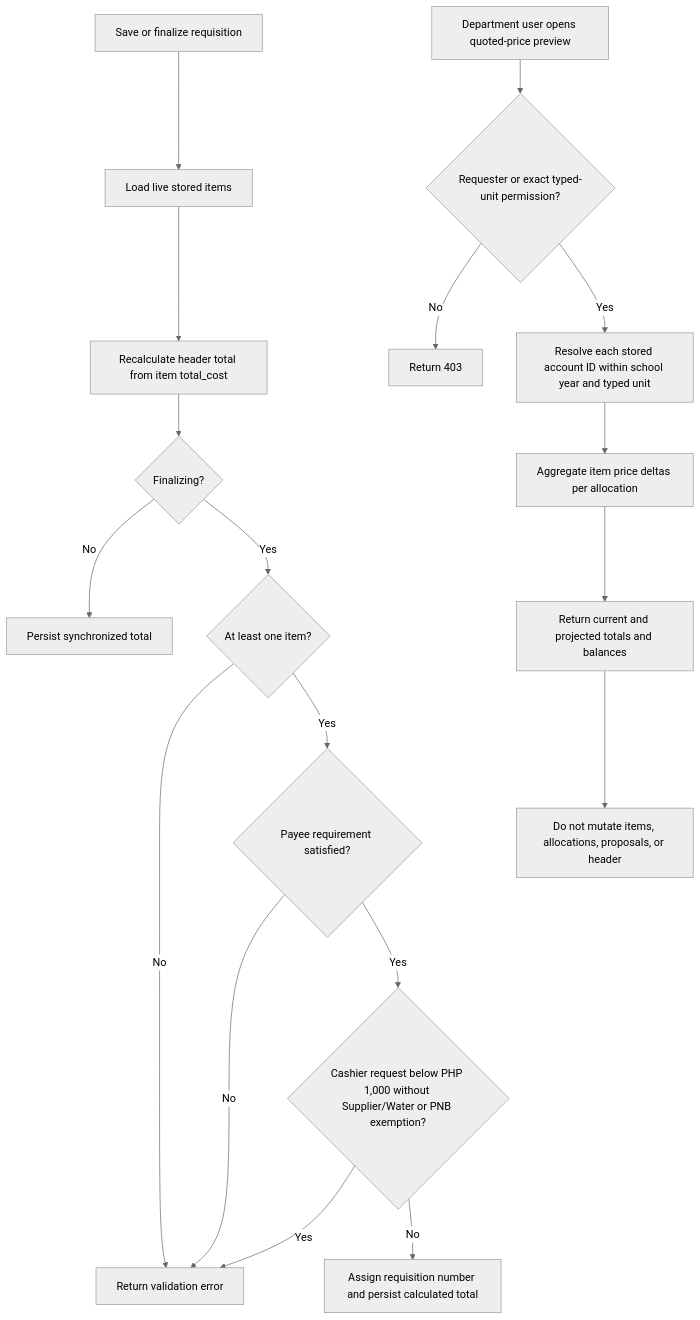
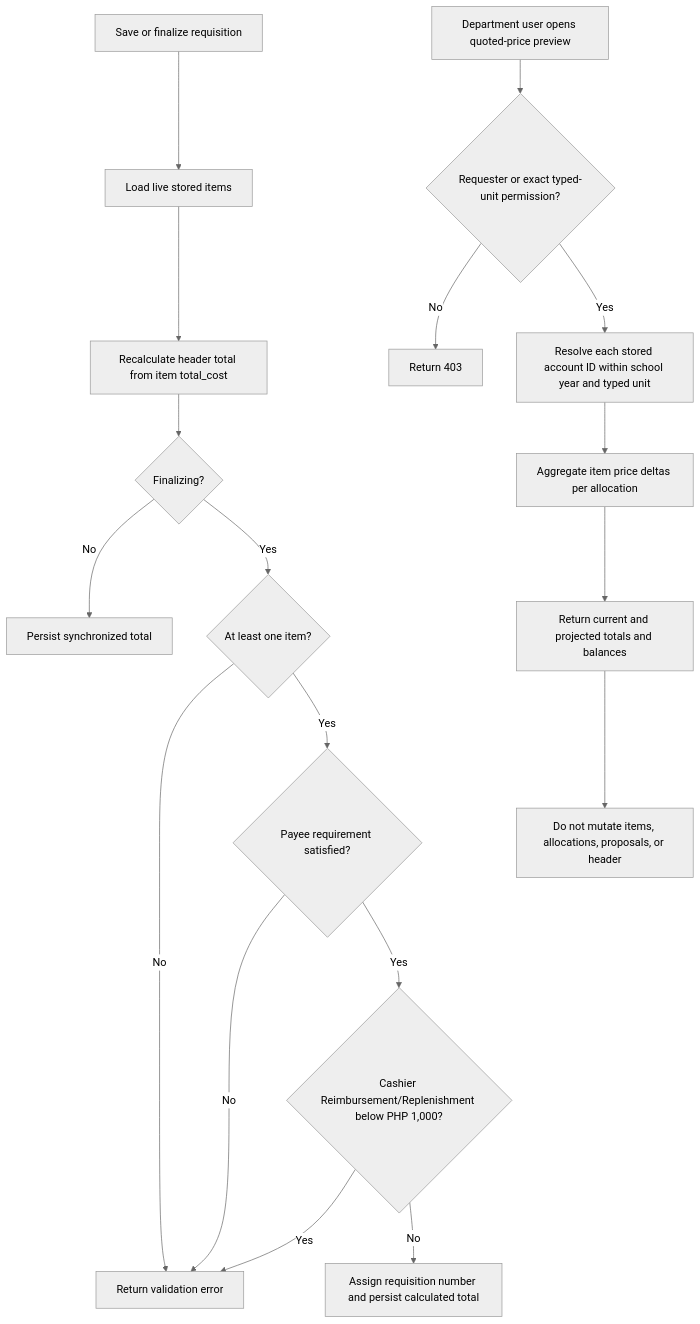
Before and after one commit to AdamsonUniversity-ITC/adulivev6-monorepo: diagram 17 of 42 in docs/abms/flowcharts.md, drawn with Mermaid (neutral theme). The commit also changed other lines of this file and 26 other files, not shown here.

````diff
--- a/docs/abms/flowcharts.md
+++ b/docs/abms/flowcharts.md
@@ -300,21 +320,21 @@
 ```mermaid
 flowchart TD
     A[Save or finalize requisition] --> B[Load live stored items]
     B --> C[Recalculate header total from item total_cost]
     C --> D{Finalizing?}
     D -- No --> E[Persist synchronized total]
     D -- Yes --> F{At least one item?}
     F -- No --> X[Return validation error]
     F -- Yes --> FP{Payee requirement satisfied?}
     FP -- No --> X
-    FP -- Yes --> G{Cashier request below PHP 1,000 without Supplier/Water or PNB exemption?}
+    FP -- Yes --> G{Cashier Reimbursement/Replenishment below PHP 1,000?}
     G -- Yes --> X
     G -- No --> H[Assign requisition number and persist calculated total]
 
     P[Department user opens quoted-price preview] --> Q{Requester or exact typed-unit permission?}
     Q -- No --> Y[Return 403]
     Q -- Yes --> R[Resolve each stored account ID within school year and typed unit]
     R --> S[Aggregate item price deltas per allocation]
     S --> T[Return current and projected totals and balances]
     T --> U[Do not mutate items, allocations, proposals, or header]
 ```
````
